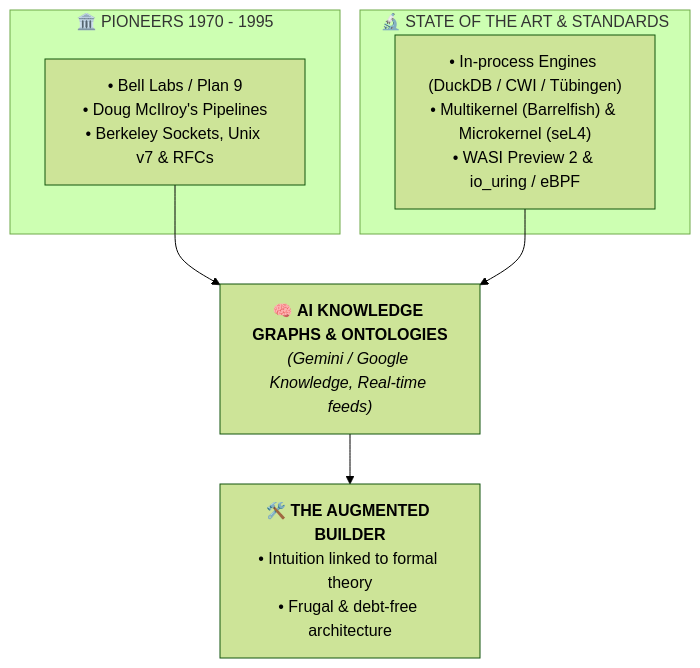
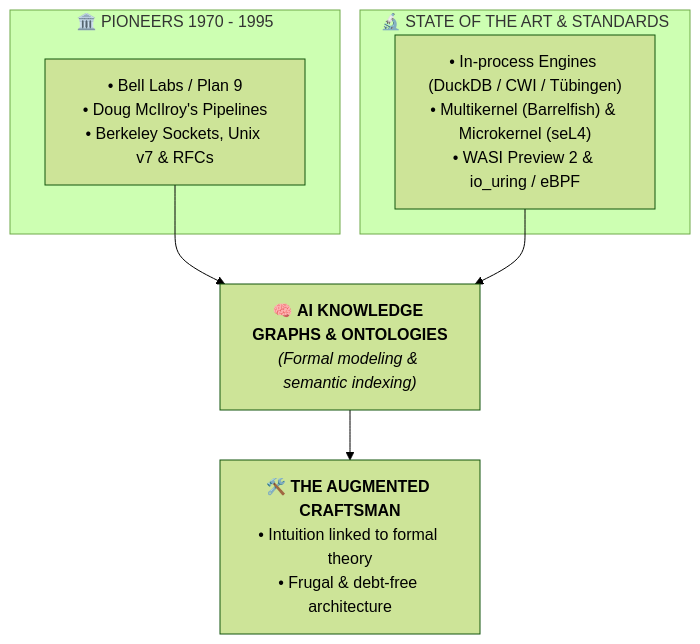
Before and after one commit to gpineda-dev/gpineda-dev.github.io: the sixth of 10 diagrams in content/posts/2026-09-19-ai-exoskelton-for-builders-not-oracle.md, drawn with Mermaid (forest theme). The commit also changed other lines of this file and 1 other file, not shown here.

````diff
--- a/content/posts/2026-09-19-ai-exoskelton-for-builders-not-oracle.md
+++ b/content/posts/2026-09-19-ai-exoskelton-for-builders-not-oracle.md
@@ -275,12 +273,12 @@
 ```mermaid
 flowchart TD
     subgraph Past["🏛️ PIONEERS 1970 - 1995"]
         P1["• Bell Labs / Plan 9<br>• Doug McIlroy's Pipelines<br>• Berkeley Sockets, Unix v7 & RFCs"]
     end
     subgraph Future["🔬 STATE OF THE ART & STANDARDS"]
         F1["• In-process Engines (DuckDB / CWI / Tübingen)<br>• Multikernel (Barrelfish) & Microkernel (seL4)<br>• WASI Preview 2 & io_uring / eBPF"]
     end
-    P1 --> KG["🧠 <b>AI KNOWLEDGE GRAPHS & ONTOLOGIES</b><br><i>(Gemini / Google Knowledge, Real-time feeds)</i>"]
+    P1 --> KG["🧠 <b>AI KNOWLEDGE GRAPHS & ONTOLOGIES</b><br><i>(Formal modeling & semantic indexing)</i>"]
     F1 --> KG
-    KG --> Builder["🛠️ <b>THE AUGMENTED BUILDER</b><br>• Intuition linked to formal theory<br>• Frugal & debt-free architecture"]
+    KG --> Builder["🛠️ <b>THE AUGMENTED CRAFTSMAN</b><br>• Intuition linked to formal theory<br>• Frugal & debt-free architecture"]
 ```
````
